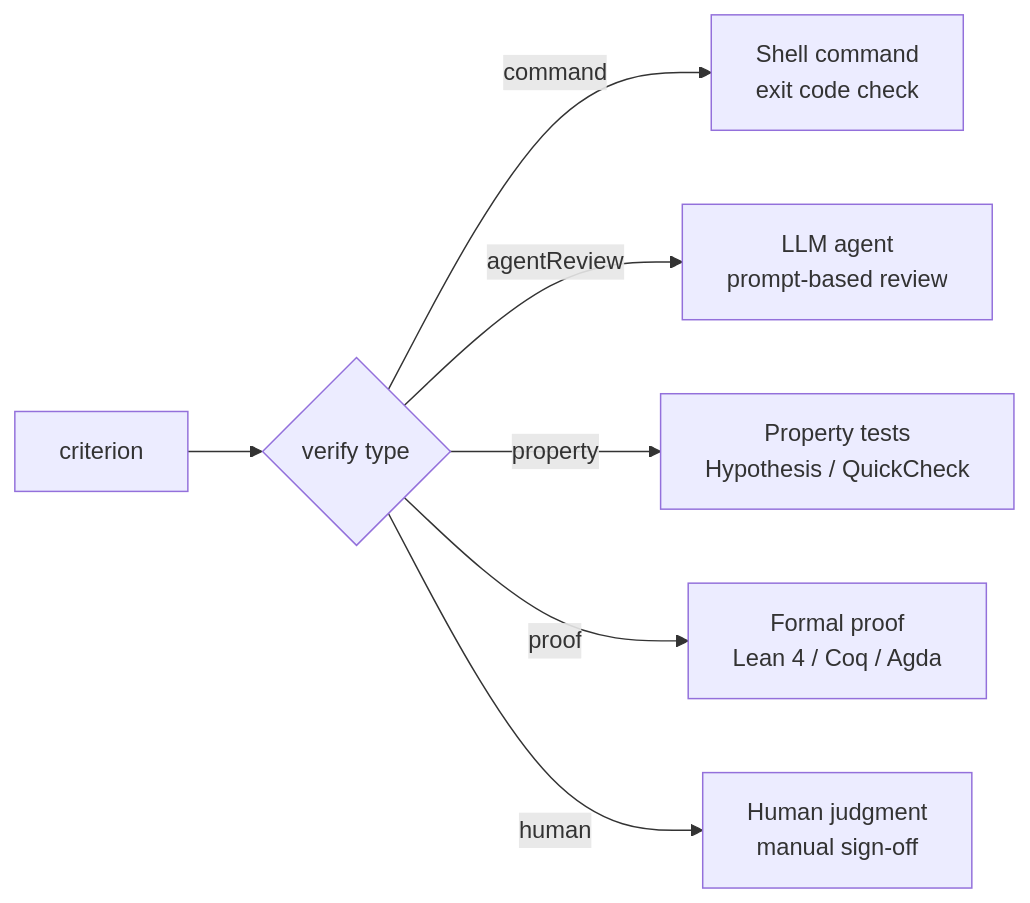
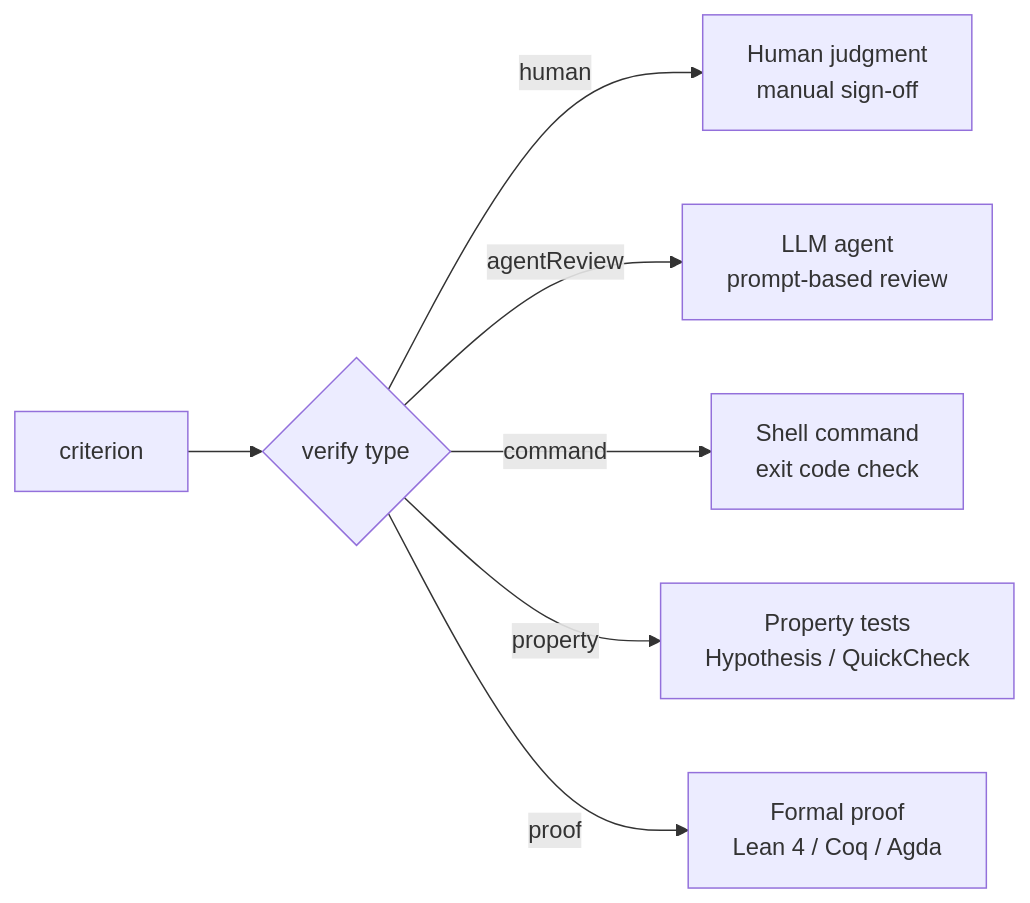
One commit to tskovlund/qed changed the second of 3 diagrams in docs/architecture.md. Above: the diagram before and after it, drawn with Mermaid. The commit also changed other lines of this file, not shown here.

First line of the commit message:
docs: reorder dispatch diagram, fix backend diagram readability

````diff
--- a/docs/architecture.md
+++ b/docs/architecture.md
@@ -93,9 +93,9 @@
 ```mermaid
 flowchart LR
     criterion --> verify{verify type}
+    verify -->|human| human[Human judgment\nmanual sign-off]
+    verify -->|agentReview| agent[LLM agent\nprompt-based review]
     verify -->|command| shell[Shell command\nexit code check]
-    verify -->|agentReview| agent[LLM agent\nprompt-based review]
     verify -->|property| prop[Property tests\nHypothesis / QuickCheck]
     verify -->|proof| prover[Formal proof\nLean 4 / Coq / Agda]
-    verify -->|human| human[Human judgment\nmanual sign-off]
 ```
````
